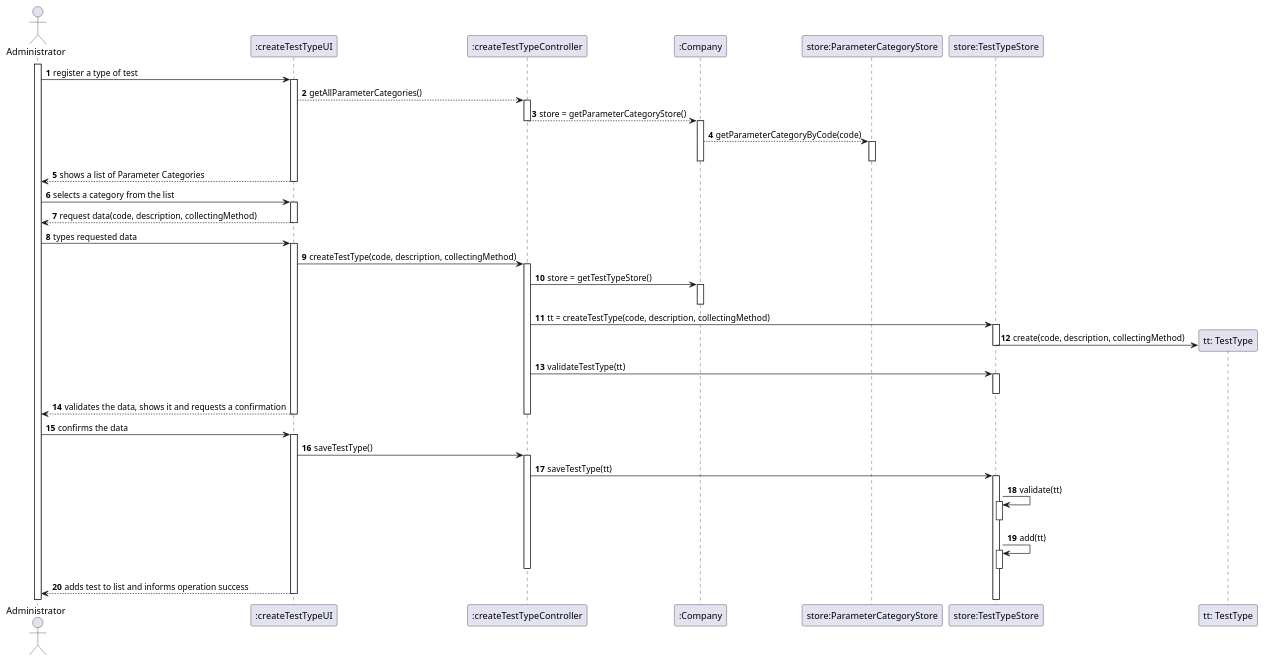
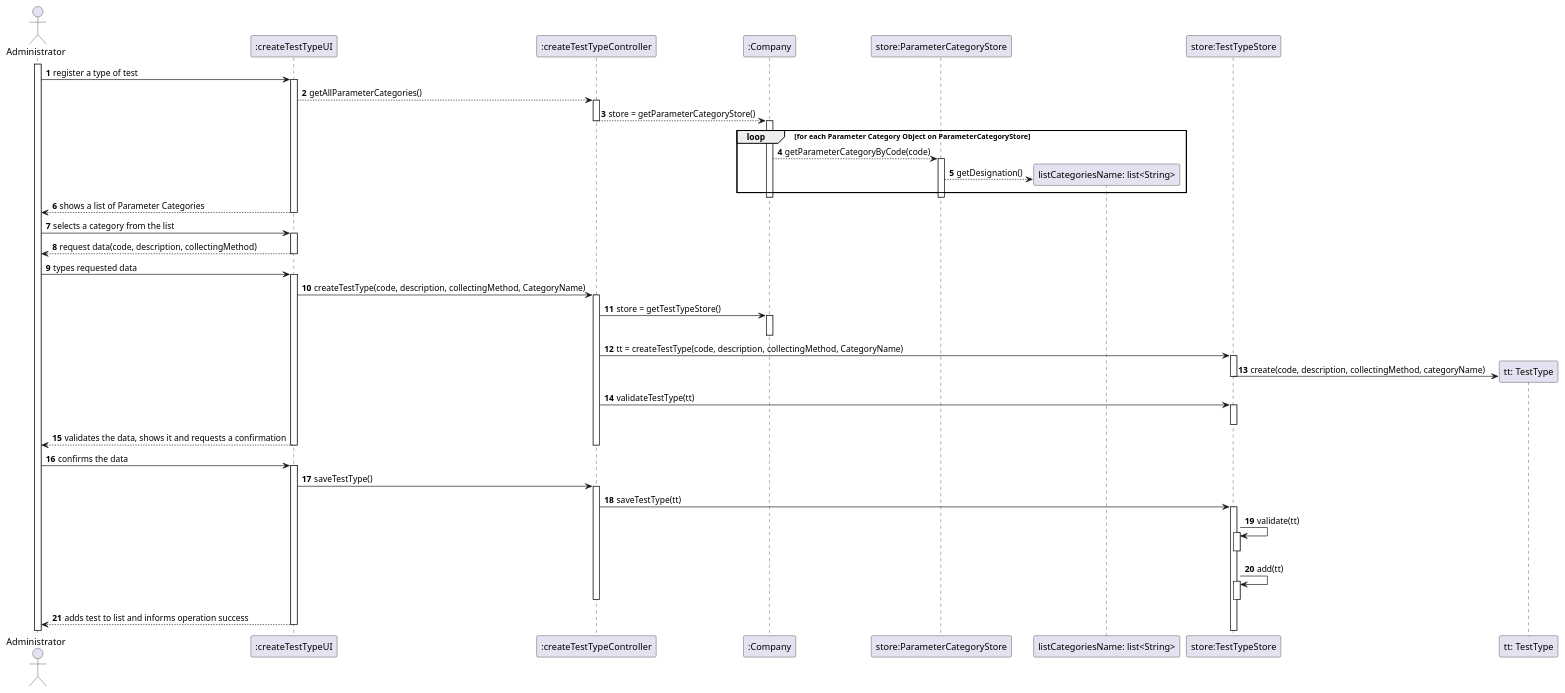
Before and after one commit to 0franciscor/lei-21-s2-1de-g19: the diagram in docs/SprintB/US09/US09-SD.puml, drawn with PlantUML. The commit also changed 4 other files, not shown here.

```diff
--- a/docs/SprintB/US09/US09-SD.puml
+++ b/docs/SprintB/US09/US09-SD.puml
@@ -1,56 +1,60 @@
 @startuml
 autonumber
 actor "Administrator" as admin
 activate admin
 
 admin -> ":createTestTypeUI" : register a type of test
 activate ":createTestTypeUI"
 ":createTestTypeUI" --> ":createTestTypeController": getAllParameterCategories()
 activate ":createTestTypeController"
 ":createTestTypeController" --> ":Company": store = getParameterCategoryStore()
 deactivate ":createTestTypeController"
 activate ":Company"
+loop for each Parameter Category Object on ParameterCategoryStore
 ":Company" --> "store:ParameterCategoryStore": getParameterCategoryByCode(code)
 activate "store:ParameterCategoryStore"
+create "listCategoriesName: list<String>"
+"store:ParameterCategoryStore" --> "listCategoriesName: list<String>": getDesignation()
+end
 deactivate "store:ParameterCategoryStore"
 deactivate ":Company"
 ":createTestTypeUI" --> admin: shows a list of Parameter Categories
 deactivate ":createTestTypeUI"
 admin -> ":createTestTypeUI": selects a category from the list
 activate ":createTestTypeUI"
 ":createTestTypeUI" --> admin: request data(code, description, collectingMethod)
 deactivate ":createTestTypeUI"
 deactivate ":createTestTypeUI"
 admin -> ":createTestTypeUI" : types requested data
 activate ":createTestTypeUI"
-":createTestTypeUI" -> ":createTestTypeController": createTestType(code, description, collectingMethod)
+":createTestTypeUI" -> ":createTestTypeController": createTestType(code, description, collectingMethod, CategoryName)
 activate ":createTestTypeController"
 ":createTestTypeController" -> ":Company" : store = getTestTypeStore()
 activate ":Company"
 deactivate ":Company"
-":createTestTypeController" -> "store:TestTypeStore" : tt = createTestType(code, description, collectingMethod)
+":createTestTypeController" -> "store:TestTypeStore" : tt = createTestType(code, description, collectingMethod, CategoryName)
 activate "store:TestTypeStore"
 create "tt: TestType"
-"store:TestTypeStore" -> "tt: TestType" : create(code, description, collectingMethod)
+"store:TestTypeStore" -> "tt: TestType" : create(code, description, collectingMethod, categoryName)
 deactivate "store:TestTypeStore"
 ":createTestTypeController" -> "store:TestTypeStore" : validateTestType(tt)
 activate "store:TestTypeStore"
 deactivate "store:TestTypeStore"
 ":createTestTypeUI" --> admin: validates the data, shows it and requests a confirmation
 deactivate ":createTestTypeController"
 deactivate ":createTestTypeUI"
 admin -> ":createTestTypeUI": confirms the data
 activate ":createTestTypeUI"
 ":createTestTypeUI" -> ":createTestTypeController": saveTestType()
 activate ":createTestTypeController"
-":createTestTypeController" -> "store:TestTypeStore" ++: saveTestType(tt)
+":createTestTypeController" -> "store:TestTypeStore"++ : saveTestType(tt)
 "store:TestTypeStore" -> "store:TestTypeStore": validate(tt)
 activate "store:TestTypeStore"
 deactivate "store:TestTypeStore"
 "store:TestTypeStore" -> "store:TestTypeStore": add(tt)
 activate "store:TestTypeStore"
 deactivate "store:TestTypeStore"
 deactivate ":createTestTypeController"
 ":createTestTypeUI" --> admin: adds test to list and informs operation success
 deactivate ":createTestTypeUI"
 @enduml
```
